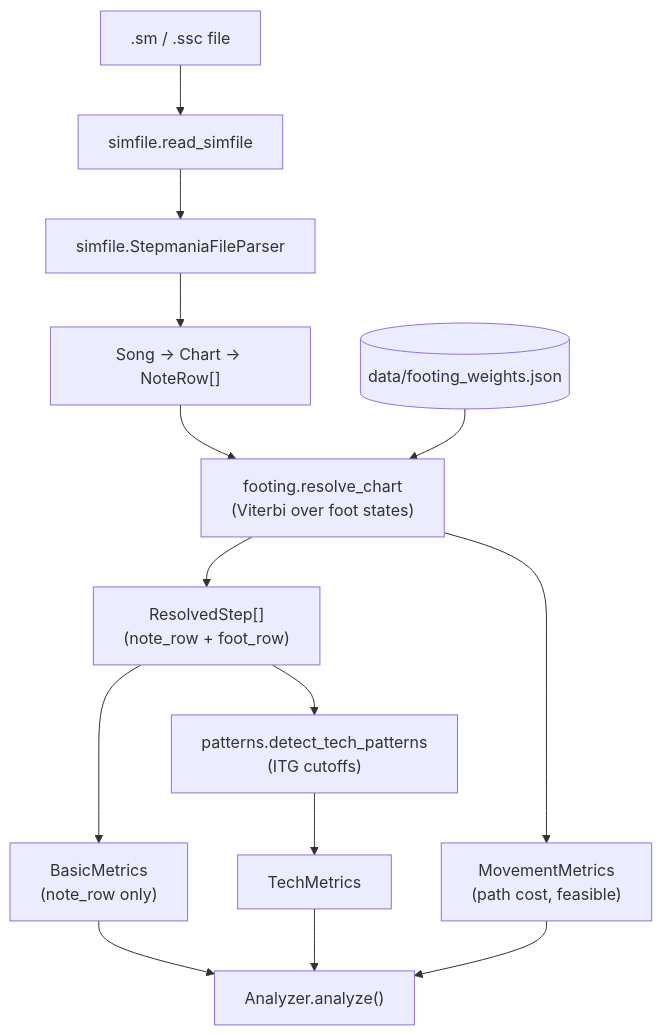
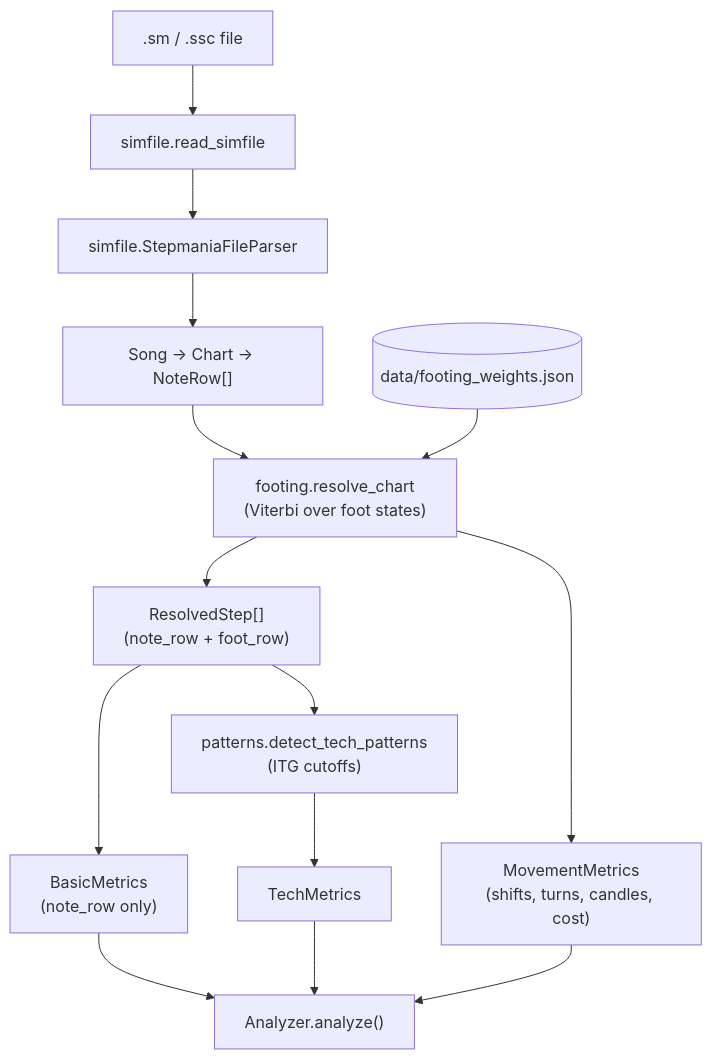
One commit to brandonabear/patternity changed the diagram in docs/architecture.md. Above: the diagram before and after it, drawn with Mermaid. The commit also changed other lines of this file and 7 other files, not shown here.

Commit message:
Add movement metrics

````diff
--- a/docs/architecture.md
+++ b/docs/architecture.md
@@ -5,16 +5,16 @@
 ```mermaid
 flowchart TD
     file[".sm / .ssc file"] --> reader["simfile.read_simfile"]
     reader --> parser["simfile.StepmaniaFileParser"]
     parser --> song["Song → Chart → NoteRow[]"]
     song --> footing["footing.resolve_chart<br/>(Viterbi over foot states)"]
     weights[("data/footing_weights.json")] --> footing
     footing --> steps["ResolvedStep[]<br/>(note_row + foot_row)"]
     steps --> basic["BasicMetrics<br/>(note_row only)"]
     steps --> detector["patterns.detect_tech_patterns<br/>(ITG cutoffs)"]
-    footing --> movement["MovementMetrics<br/>(path cost, feasible)"]
+    footing --> movement["MovementMetrics<br/>(shifts, turns, candles, cost)"]
     detector --> tech["TechMetrics"]
     basic --> report["Analyzer.analyze()"]
     tech --> report
     movement --> report
 ```
````
